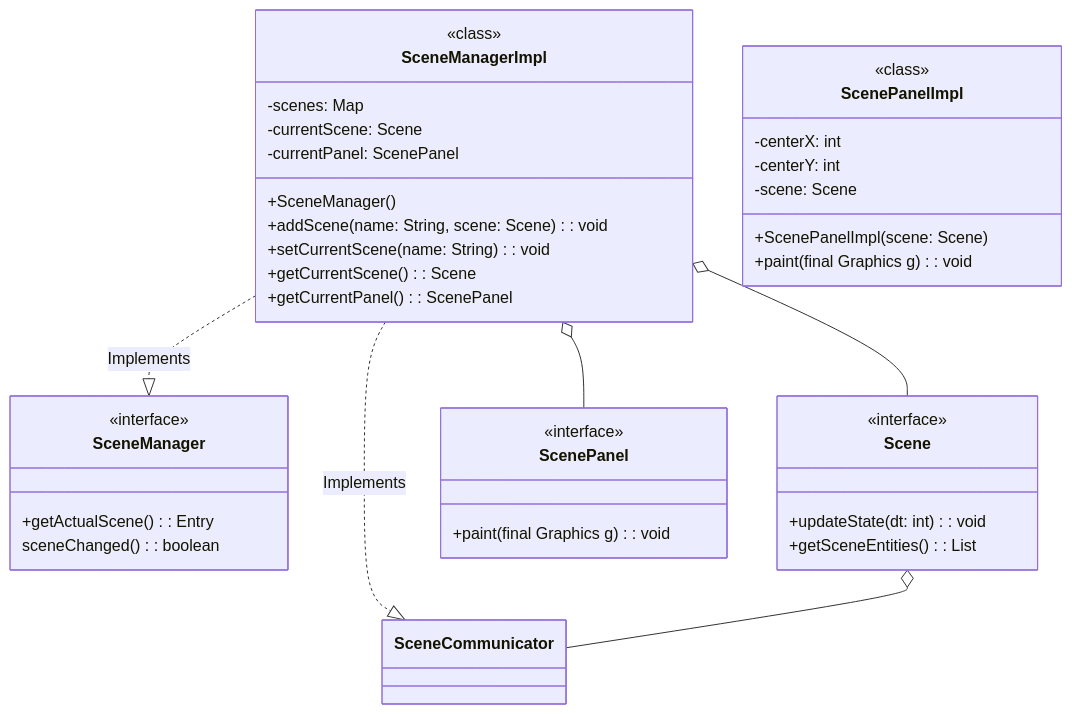
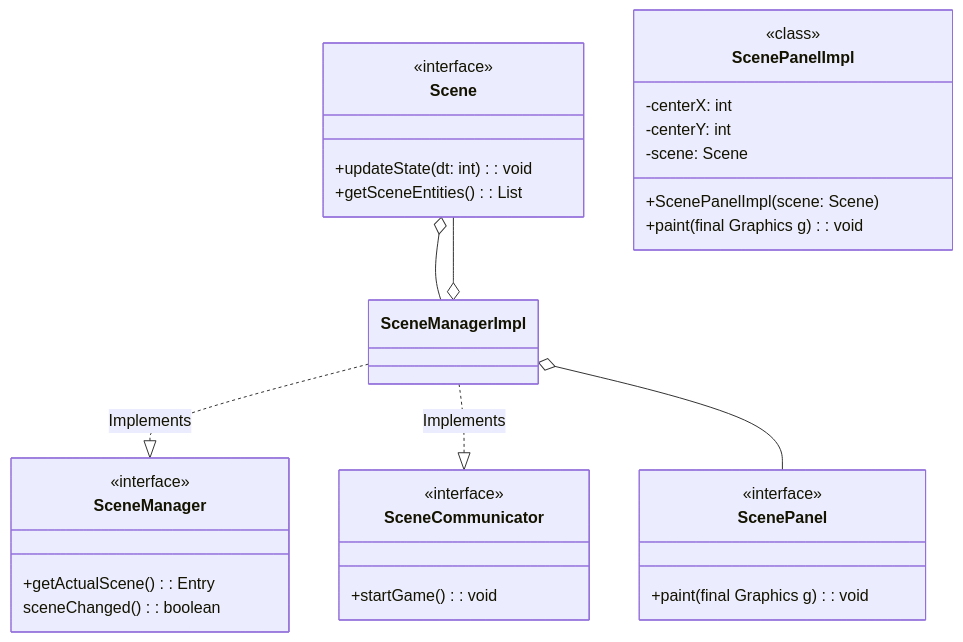
One commit to GiuseppeGambacorta/2DGameEngine changed the third of 3 diagrams in README.md. Above: the diagram before and after it, drawn with Mermaid.

````diff
--- a/README.md
+++ b/README.md
@@ -155,50 +155,44 @@
 ```mermaid
 classDiagram
 class SceneManager {
   <<interface>>
   +getActualScene(): Entry<ScenePanel,Scene>
   sceneChanged(): boolean
 }
 
 class Scene {
   <<interface>>
   +updateState(dt: int): void
   +getSceneEntities(): List<GameObject>
 }
 
 
 class ScenePanel{
   <<interface>>
   +paint(final Graphics g): void
 }
 
-class SceneManagerImpl {
-  <<class>>
-  -scenes: Map<String, Scene>
-  -currentScene: Scene
-  -currentPanel: ScenePanel
-  +SceneManager()
-  +addScene(name: String, scene: Scene): void
-  +setCurrentScene(name: String): void
-  +getCurrentScene(): Scene
-  +getCurrentPanel(): ScenePanel
-}
+
 
 class ScenePanelImpl{
   <<class>>
   -centerX: int
   -centerY: int
   -scene: Scene
   +ScenePanelImpl(scene: Scene)
   +paint(final Graphics g): void
 }
 
+class SceneCommunicator {
+  <<interface>>
+  +startGame() : void
+}
 
 SceneManagerImpl ..|> SceneManager : Implements
 SceneManagerImpl ..|> SceneCommunicator : Implements
 SceneManagerImpl o-- Scene
 SceneManagerImpl o-- ScenePanel
 
-Scene o-- SceneCommunicator
+Scene o-- SceneManagerImpl
 
 ```
````
